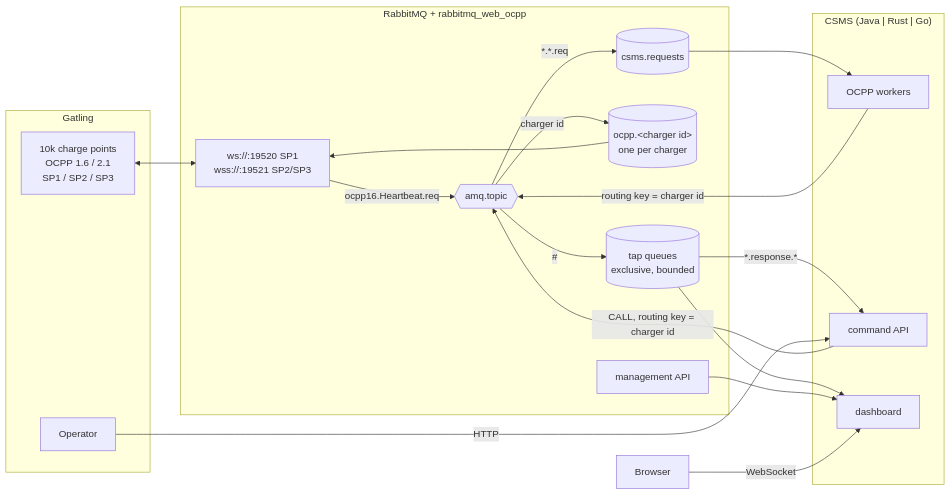
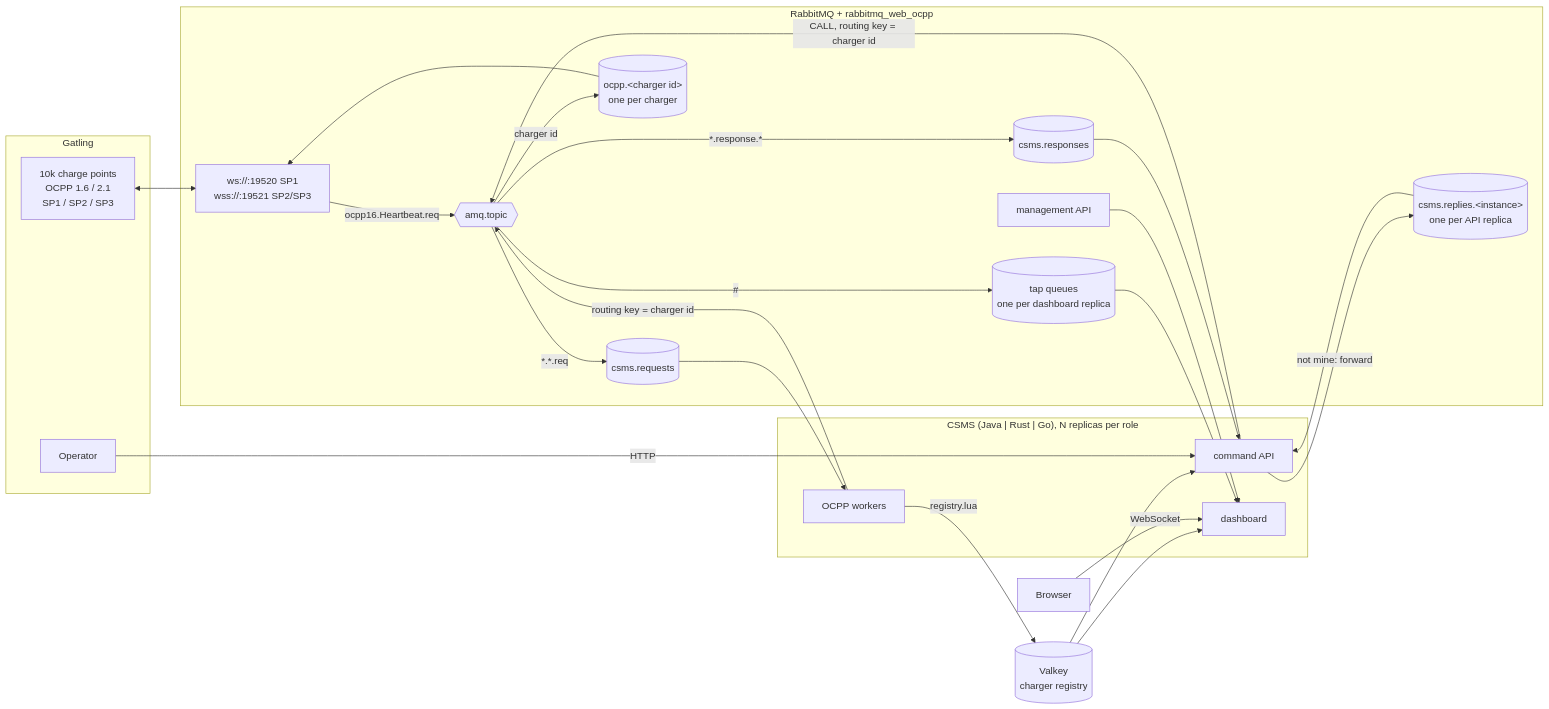
Before and after one commit to florianhumblot/rabbitmq-web-ocpp: the diagram in examples/polyglot-demo/README.md, drawn with Mermaid. The commit also changed other lines of this file and 64 other files, not shown here.

````diff
--- a/examples/polyglot-demo/README.md
+++ b/examples/polyglot-demo/README.md
@@ -31,31 +37,38 @@
 ```mermaid
 flowchart LR
     subgraph Gatling
         CP["10k charge points<br/>OCPP 1.6 / 2.1<br/>SP1 / SP2 / SP3"]
         OP[Operator]
     end
     subgraph RabbitMQ["RabbitMQ + rabbitmq_web_ocpp"]
         WS["ws://:19520 SP1<br/>wss://:19521 SP2/SP3"]
         X{{amq.topic}}
         Q[(csms.requests)]
+        R[(csms.responses)]
+        RQ[("csms.replies.&lt;instance&gt;<br/>one per API replica")]
         CQ[("ocpp.&lt;charger id&gt;<br/>one per charger")]
-        TAP[("tap queues<br/>exclusive, bounded")]
+        TAP[("tap queues<br/>one per dashboard replica")]
         MGMT[management API]
     end
-    subgraph CSMS["CSMS (Java | Rust | Go)"]
+    subgraph CSMS["CSMS (Java | Rust | Go), N replicas per role"]
         W[OCPP workers]
         API[command API]
         D[dashboard]
     end
+    V[("Valkey<br/>charger registry")]
     CP <--> WS
     WS -- "ocpp16.Heartbeat.req" --> X
     X -- "*.*.req" --> Q --> W
     W -- "routing key = charger id" --> X
+    W -- "registry.lua" --> V
     API -- "CALL, routing key = charger id" --> X
     X -- "charger id" --> CQ --> WS
+    X -- "*.response.*" --> R --> API
+    API -- "not mine: forward" --> RQ --> API
     X -- "#" --> TAP --> D
-    TAP -- "*.response.*" --> API
+    V --> API
+    V --> D
     MGMT --> D
     OP -- HTTP --> API
     Browser -- WebSocket --> D
 ```
````
